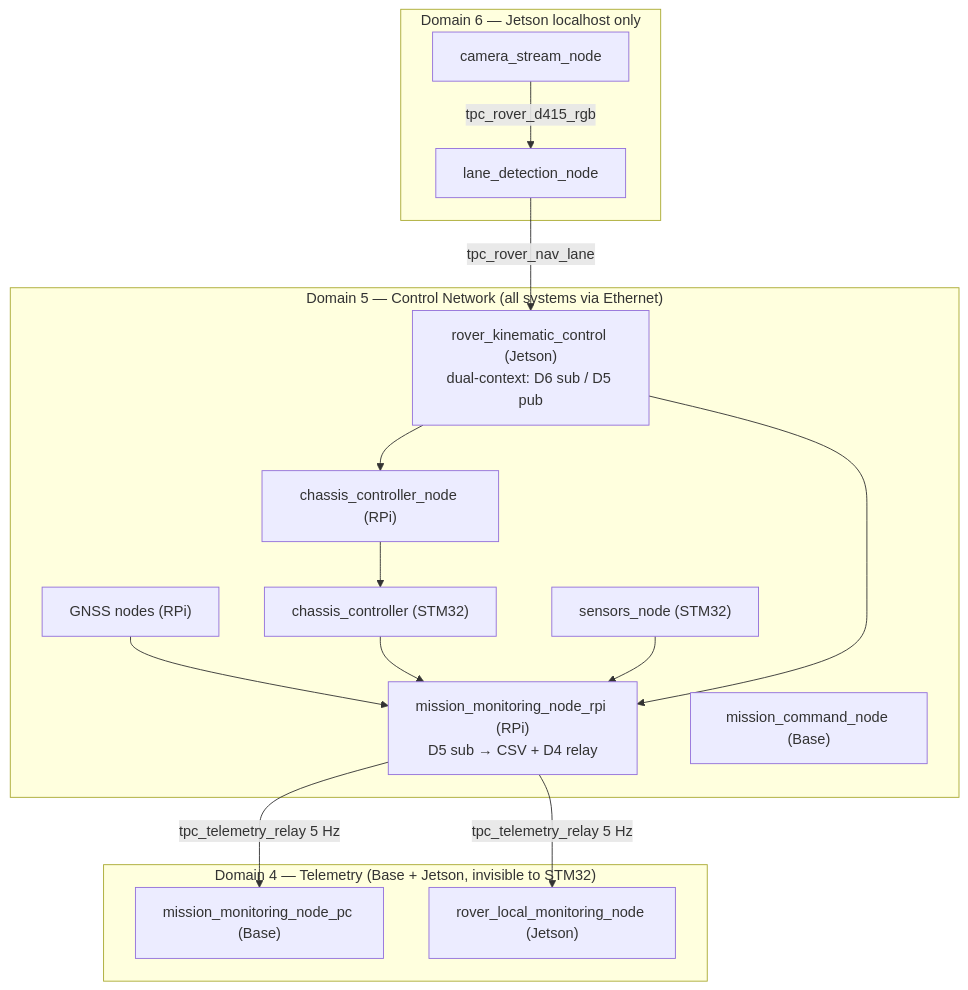
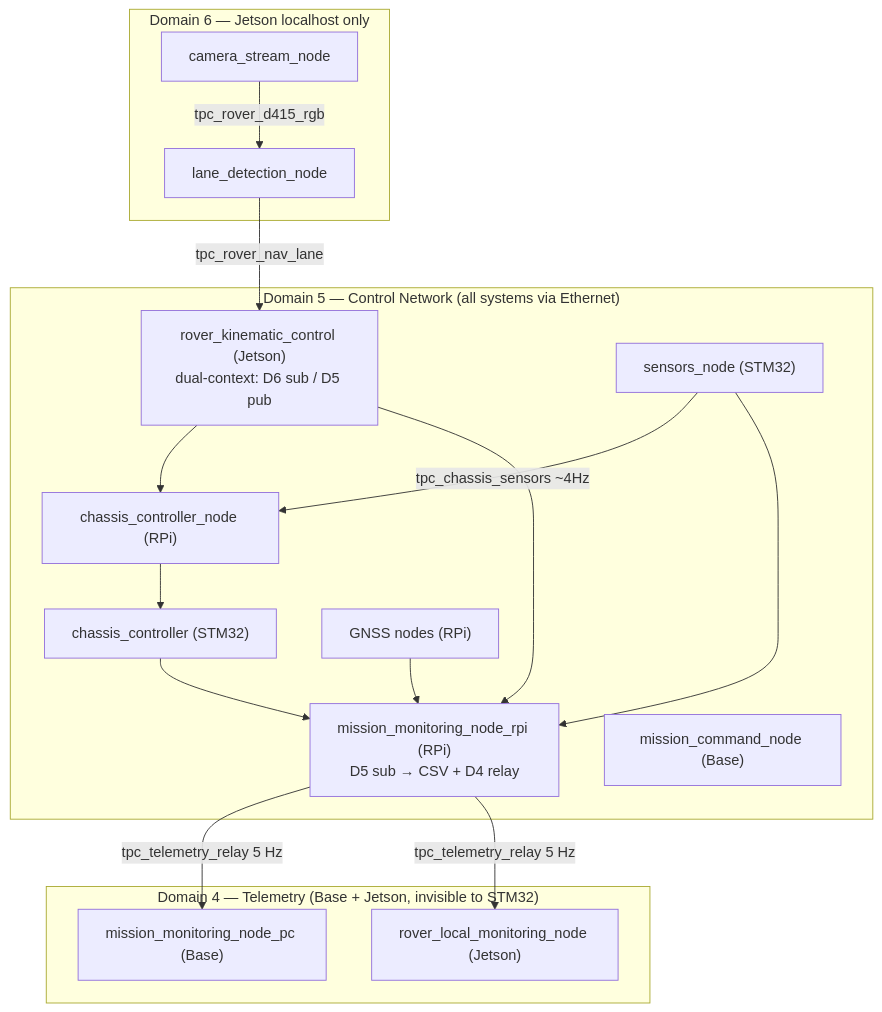
The diagram in docs/DOMAINS.md (RoboticsGG/almondmatcha), drawn with Mermaid before and after one commit. The commit also changed 11 other files, not shown here.

````diff
--- a/docs/DOMAINS.md
+++ b/docs/DOMAINS.md
@@ -17,30 +17,31 @@
 ```mermaid
 flowchart TB
     subgraph D6["Domain 6 — Jetson localhost only"]
         CAM["camera_stream_node"] -->|tpc_rover_d415_rgb| LANE["lane_detection_node"]
     end
 
     subgraph D5["Domain 5 — Control Network (all systems via Ethernet)"]
         CTRL["rover_kinematic_control (Jetson)\ndual-context: D6 sub / D5 pub"]
         CC["chassis_controller_node (RPi)"]
         STM32C["chassis_controller (STM32)"]
         STM32S["sensors_node (STM32)"]
         GNSS["GNSS nodes (RPi)"]
         MON["mission_monitoring_node_rpi (RPi)\nD5 sub → CSV + D4 relay"]
         CMD["mission_command_node (Base)"]
     end
 
     subgraph D4["Domain 4 — Telemetry (Base + Jetson, invisible to STM32)"]
         PC["mission_monitoring_node_pc (Base)"]
         JLOG["rover_local_monitoring_node (Jetson)"]
     end
 
     LANE -->|tpc_rover_nav_lane| CTRL
     CTRL --> CC --> STM32C
+    STM32S -->|tpc_chassis_sensors ~4Hz| CC
     GNSS --> MON
     STM32C --> MON
     STM32S --> MON
     CTRL --> MON
     MON -->|tpc_telemetry_relay 5 Hz| PC
     MON -->|tpc_telemetry_relay 5 Hz| JLOG
 ```
````
